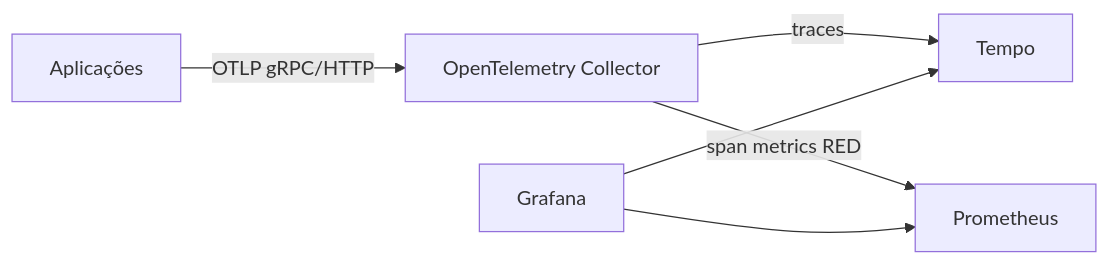
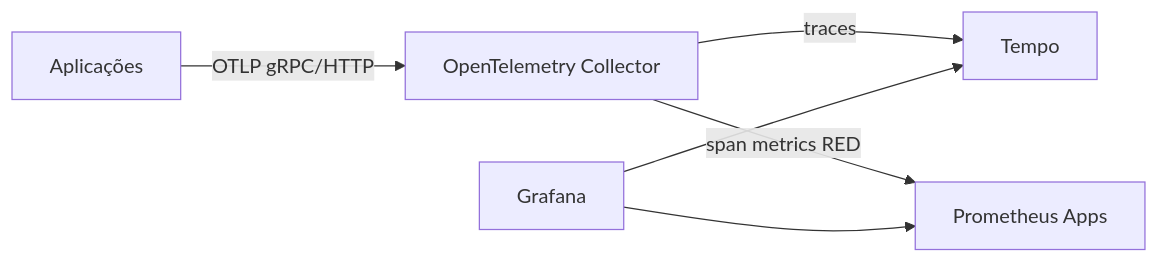
Before and after one commit to thiagobotelho/opentelemetry-gitops: the diagram in README.md, drawn with Mermaid. The commit also changed other lines of this file and 3 other files, not shown here.

Commit message:
Route span metrics to Prometheus Apps

````diff
--- a/README.md
+++ b/README.md
@@ -22,8 +22,8 @@
 ```mermaid
 flowchart LR
     App[Aplicações] -->|OTLP gRPC/HTTP| Collector[OpenTelemetry Collector]
     Collector -->|traces| Tempo[Tempo]
-    Collector -->|span metrics RED| Prom[Prometheus]
+    Collector -->|span metrics RED| Prom[Prometheus Apps]
     Grafana[Grafana] --> Prom
     Grafana --> Tempo
 ```
````
